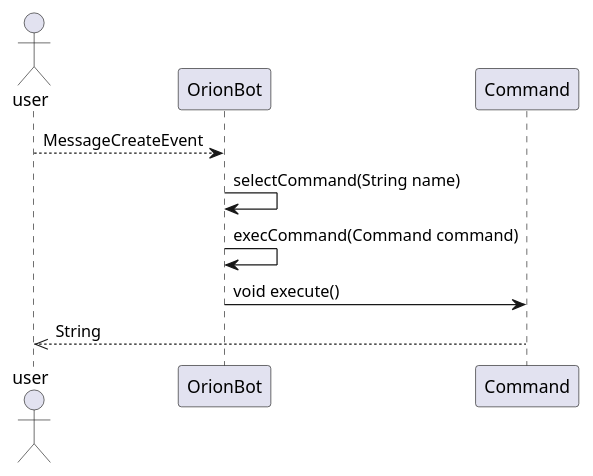
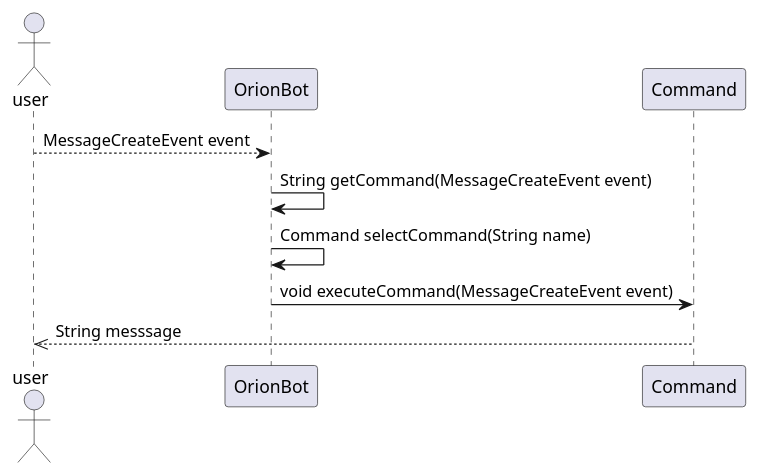
One commit to oibaf-ifrs/bot changed the diagram in docs/uml/sequence.puml. Above: the diagram before and after it, drawn with PlantUML. The commit also changed 6 other files, not shown here.

```diff
--- a/docs/uml/sequence.puml
+++ b/docs/uml/sequence.puml
@@ -1,13 +1,13 @@
 @startuml
 
 actor user as user
 participant OrionBot as bot
 participant Command as command
 
-user-->bot: MessageCreateEvent
-bot->bot: selectCommand(String name)
-bot->bot: execCommand(Command command)
-bot->command: void execute()
-command-->>user: String
+user-->bot: MessageCreateEvent event
+bot->bot: String getCommand(MessageCreateEvent event)
+bot->bot: Command selectCommand(String name)
+bot->command: void executeCommand(MessageCreateEvent event)
+command-->>user: String messsage
 
 @enduml
```
